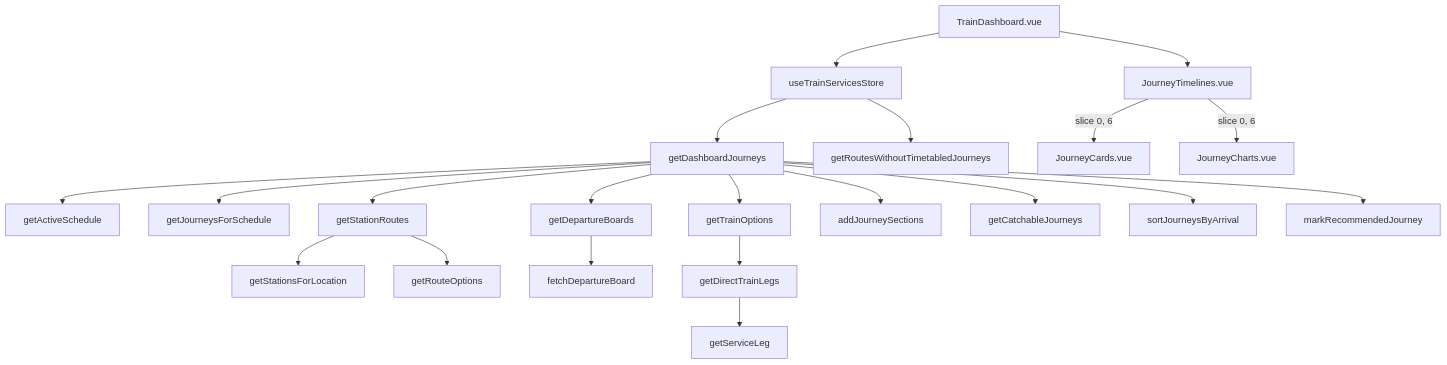
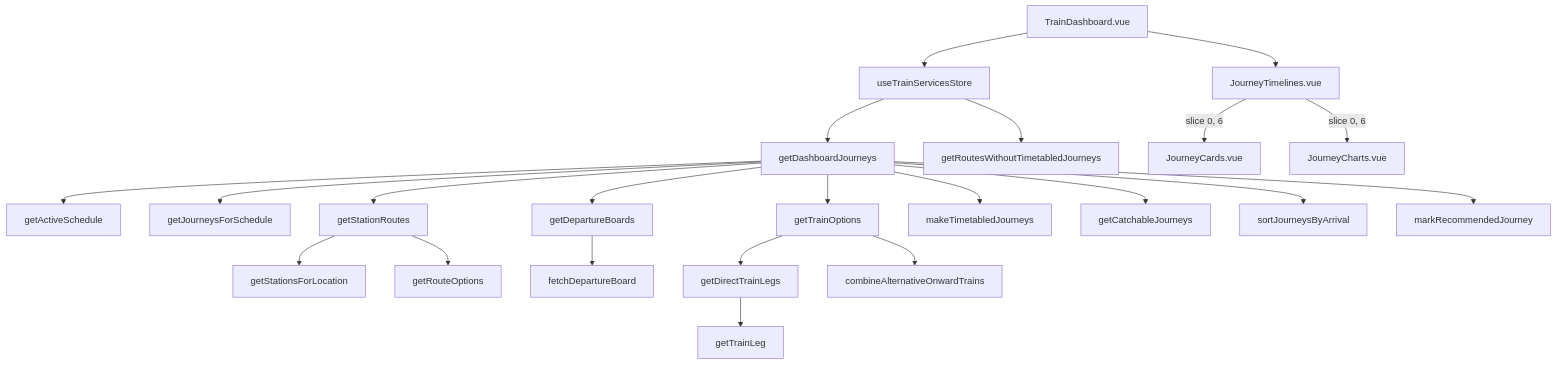
One commit to nd9600/trainDashboard changed the second of 2 diagrams in docs/journey-planning.md. Above: the diagram before and after it, drawn with Mermaid. The commit also changed other lines of this file and 10 other files, not shown here.

````diff
--- a/docs/journey-planning.md
+++ b/docs/journey-planning.md
@@ -59,47 +64,49 @@
 ```mermaid
 flowchart TD
     dashboard[TrainDashboard.vue]
     store[useTrainServicesStore]
     pipeline[getDashboardJourneys]
     active[getActiveSchedule]
     configured[getJourneysForSchedule]
     routes[getStationRoutes]
     stations[getStationsForLocation]
     options[getRouteOptions]
     boards[getDepartureBoards]
     api[fetchDepartureBoard]
     trains[getTrainOptions]
     direct[getDirectTrainLegs]
-    service[getServiceLeg]
-    sections[addJourneySections]
+    service[getTrainLeg]
+    alternatives[combineAlternativeOnwardTrains]
+    sections[makeTimetabledJourneys]
     catchable[getCatchableJourneys]
     sort[sortJourneysByArrival]
     recommended[markRecommendedJourney]
     missing[getRoutesWithoutTimetabledJourneys]
     timelines[JourneyTimelines.vue]
     cards[JourneyCards.vue]
     charts[JourneyCharts.vue]
 
     dashboard --> store
     store --> pipeline
     pipeline --> active
     pipeline --> configured
     pipeline --> routes
     routes --> stations
     routes --> options
 
     pipeline --> boards
     boards --> api
     pipeline --> trains
     trains --> direct
+    trains --> alternatives
     direct --> service
     pipeline --> sections
     pipeline --> catchable
     pipeline --> sort
     pipeline --> recommended
 
     store --> missing
     dashboard --> timelines
     timelines -->|slice 0, 6| cards
     timelines -->|slice 0, 6| charts
 ```
````
